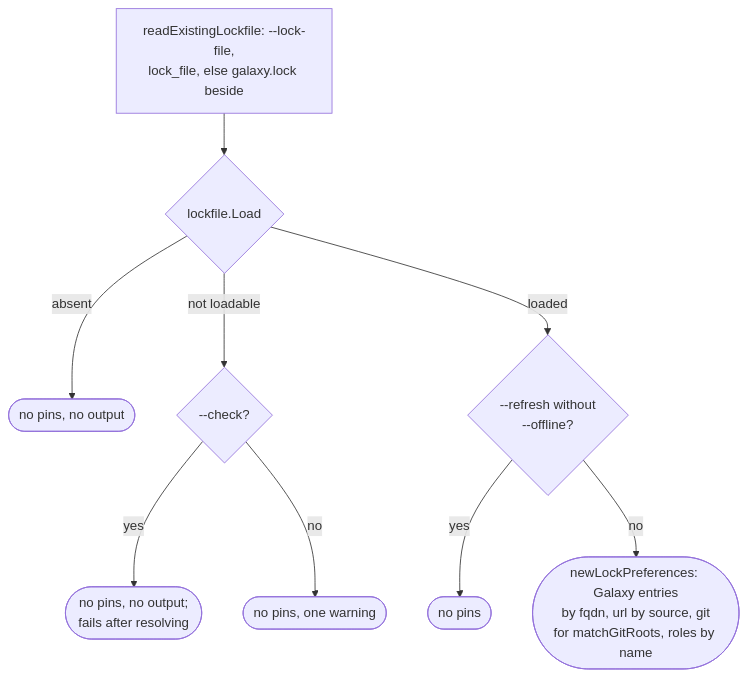
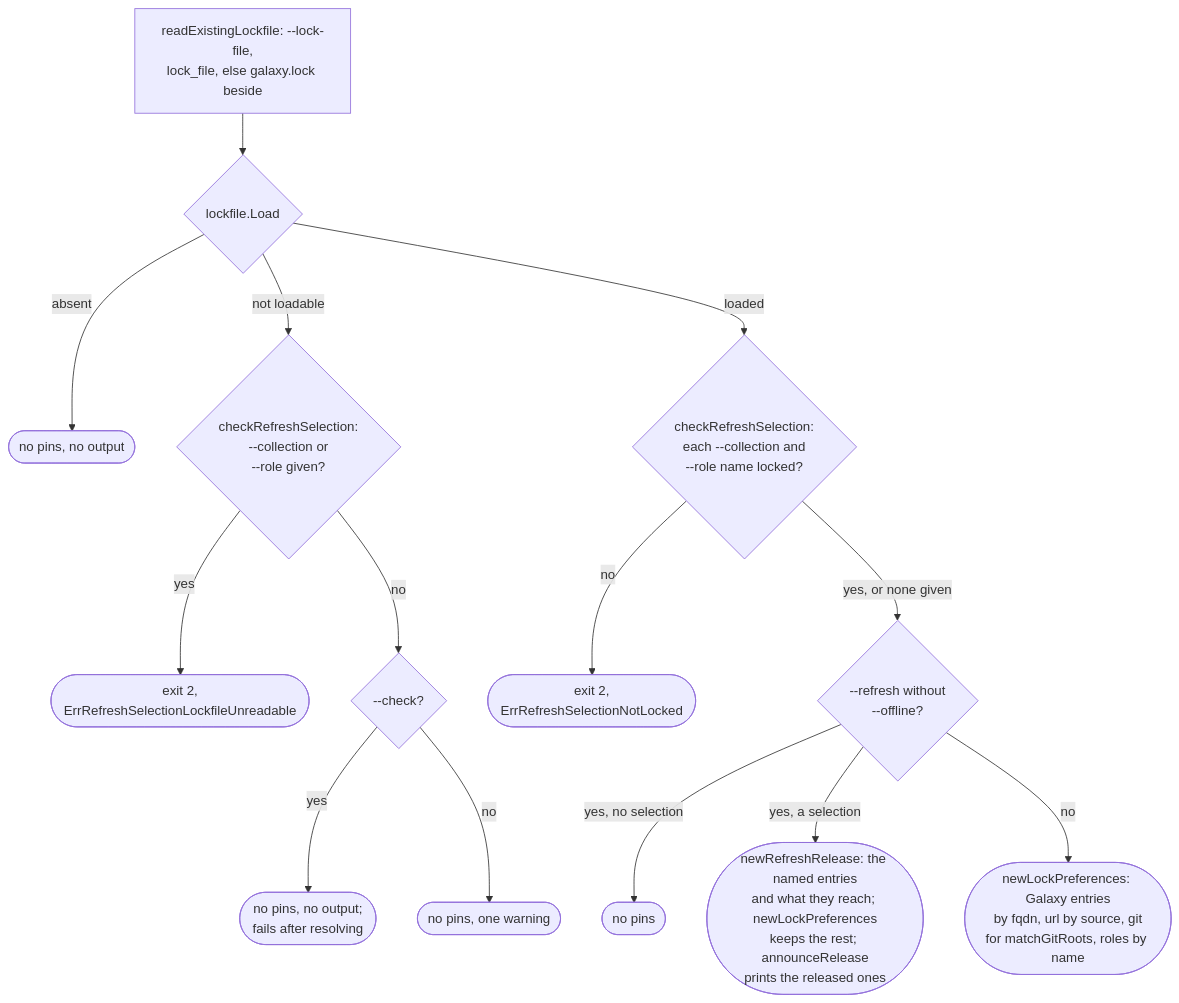
The second of 5 diagrams in docs/internals/flow-lock.md (greeddj/go-galaxy), drawn with Mermaid before and after one commit. The commit also changed other lines of this file and 30 other files, not shown here.

````diff
--- a/docs/internals/flow-lock.md
+++ b/docs/internals/flow-lock.md
@@ -42,11 +45,16 @@
 ```mermaid
 flowchart TD
   K0["readExistingLockfile: --lock-file,<br/>lock_file, else galaxy.lock beside"] --> K1{"lockfile.Load"}
   K1 -->|"absent"| K2(["no pins, no output"])
-  K1 -->|"not loadable"| K3{"--check?"}
+  K1 -->|"not loadable"| KS{"checkRefreshSelection:<br/>--collection or<br/>--role given?"}
+  KS -->|"yes"| X2U(["exit 2,<br/>ErrRefreshSelectionLockfileUnreadable"])
+  KS -->|"no"| K3{"--check?"}
   K3 -->|"yes"| K4(["no pins, no output;<br/>fails after resolving"])
   K3 -->|"no"| K5(["no pins, one warning"])
-  K1 -->|"loaded"| K6{"--refresh without<br/>--offline?"}
-  K6 -->|"yes"| K7(["no pins"])
+  K1 -->|"loaded"| K9{"checkRefreshSelection:<br/>each --collection and<br/>--role name locked?"}
+  K9 -->|"no"| X2(["exit 2,<br/>ErrRefreshSelectionNotLocked"])
+  K9 -->|"yes, or none given"| K6{"--refresh without<br/>--offline?"}
+  K6 -->|"yes, no selection"| K7(["no pins"])
+  K6 -->|"yes, a selection"| K10(["newRefreshRelease: the named entries<br/>and what they reach; newLockPreferences<br/>keeps the rest; announceRelease<br/>prints the released ones"])
   K6 -->|"no"| K8(["newLockPreferences: Galaxy entries<br/>by fqdn, url by source, git<br/>for matchGitRoots, roles by name"])
 ```
````
